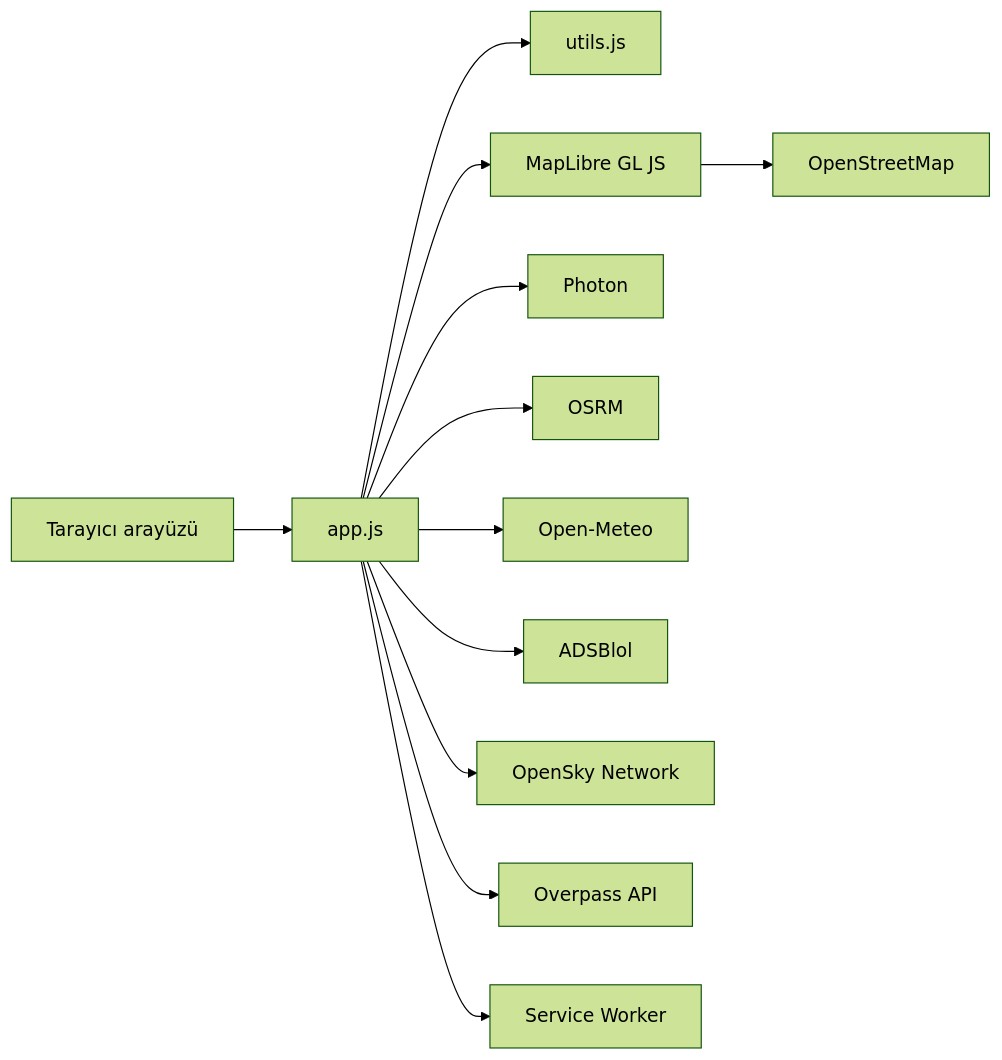
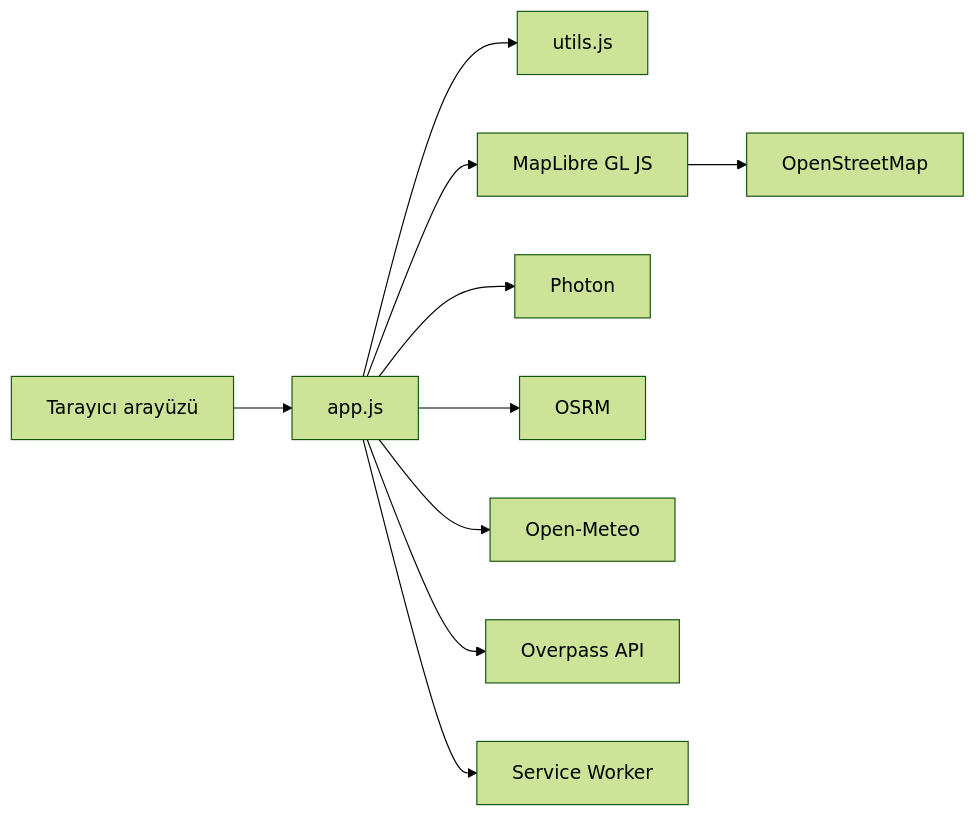
The diagram in README.md (eerrgin/istanbul-cockpit), drawn with Mermaid (forest theme) before and after one commit. The commit also changed other lines of this file, not shown here.

````diff
--- a/README.md
+++ b/README.md
@@ -38,14 +36,12 @@
 ```mermaid
 flowchart LR
   Tarayici[Tarayıcı arayüzü] --> App[app.js]
   App --> Utils[utils.js]
   App --> Harita[MapLibre GL JS]
   Harita --> OSM[OpenStreetMap]
   App --> Photon
   App --> OSRM
   App --> Meteo[Open-Meteo]
-  App --> ADSBlol
-  App --> OpenSky[OpenSky Network]
   App --> Overpass[Overpass API]
   App --> PWA[Service Worker]
 ```
````
